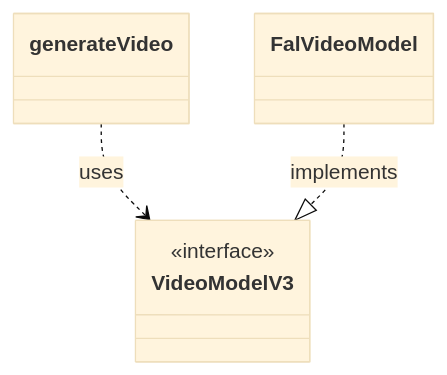
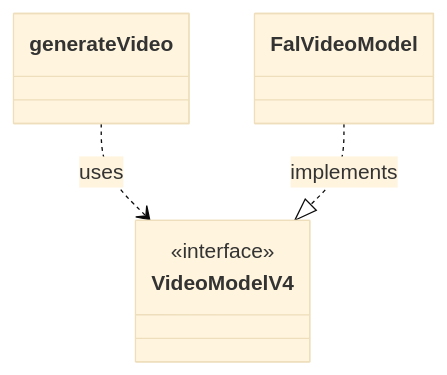
Before and after one commit to vercel/ai: the eighth of 8 diagrams in architecture/provider-abstraction.md, drawn with Mermaid (base theme). The commit also changed other lines of this file and 30 other files, not shown here.

````diff
--- a/architecture/provider-abstraction.md
+++ b/architecture/provider-abstraction.md
@@ -185,11 +185,11 @@
 ```mermaid
 classDiagram
     class generateVideo
-    class VideoModelV3 {
+    class VideoModelV4 {
       <<interface>>
     }
     class FalVideoModel
 
-    generateVideo ..> VideoModelV3 : uses
-    FalVideoModel ..|> VideoModelV3 : implements
+    generateVideo ..> VideoModelV4 : uses
+    FalVideoModel ..|> VideoModelV4 : implements
 ```
````
